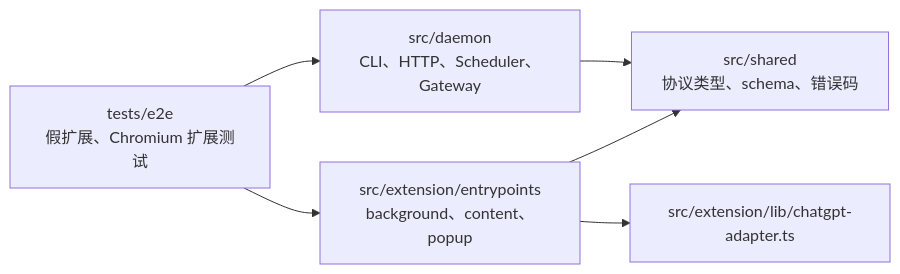
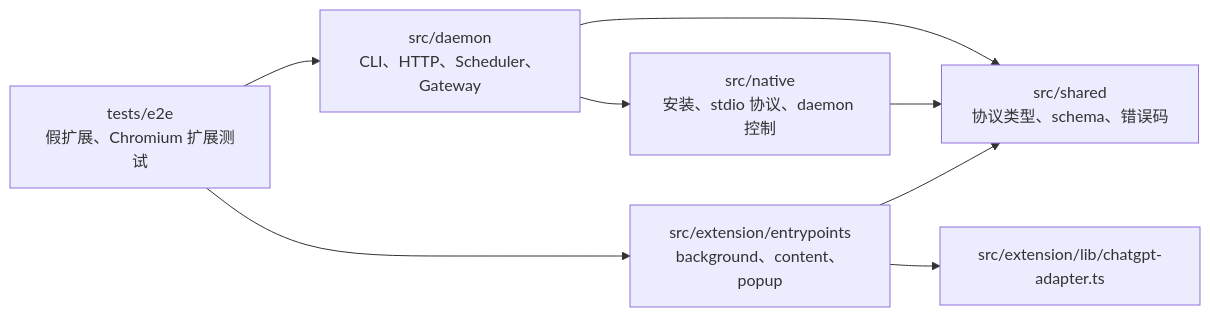
Before and after one commit to glidea/web2api: the third of 7 diagrams in docs/v001/tech-design.md, drawn with Mermaid. The commit also changed other lines of this file and 26 other files, not shown here.

````diff
--- a/docs/v001/tech-design.md
+++ b/docs/v001/tech-design.md
@@ -399,14 +412,17 @@
 ```mermaid
 flowchart LR
     Shared["src/shared<br/>协议类型、schema、错误码"]
+    Native["src/native<br/>安装、stdio 协议、daemon 控制"]
     Daemon["src/daemon<br/>CLI、HTTP、Scheduler、Gateway"]
     Adapter["src/extension/lib/chatgpt-adapter.ts"]
     Entrypoints["src/extension/entrypoints<br/>background、content、popup"]
     E2E["tests/e2e<br/>假扩展、Chromium 扩展测试"]
 
     Daemon --> Shared
+    Native --> Shared
+    Daemon --> Native
     Entrypoints --> Shared
     Entrypoints --> Adapter
     E2E --> Daemon
     E2E --> Entrypoints
 ```
````
